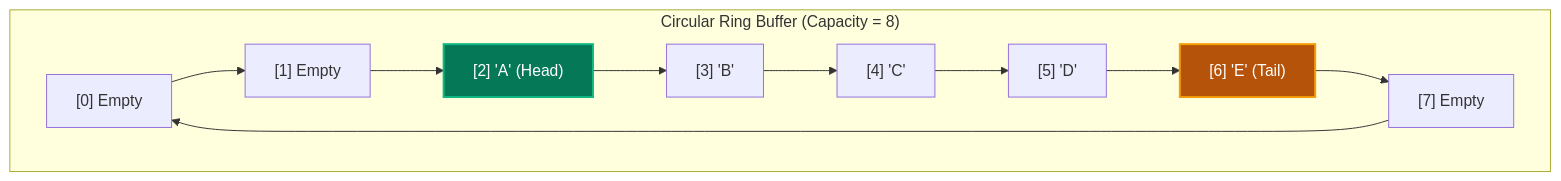
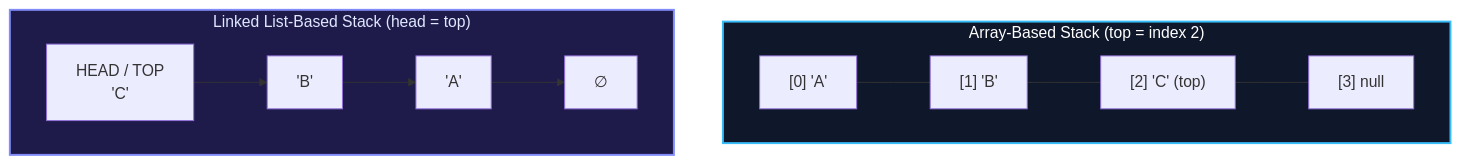
Before and after one commit to 1345AbhishekKumar/cs-cookbook: the third of 15 diagrams in content/docs/dsa/01-foundations-and-linear-structures/05-stacks-and-queues.mdx, drawn with Mermaid. The commit also changed other lines of this file and 211 other files, not shown here.

````diff
--- a/content/docs/dsa/01-foundations-and-linear-structures/05-stacks-and-queues.mdx
+++ b/content/docs/dsa/01-foundations-and-linear-structures/05-stacks-and-queues.mdx
@@ -48,18 +148,15 @@
 ```mermaid
 flowchart TD
-    subgraph RingBuffer["Circular Ring Buffer (Capacity = 8)"]
-        Slot0["[0] Empty"]
-        Slot1["[1] Empty"]
-        Slot2["[2] 'A' (Head)"]
-        Slot3["[3] 'B'"]
-        Slot4["[4] 'C'"]
-        Slot5["[5] 'D'"]
-        Slot6["[6] 'E' (Tail)"]
-        Slot7["[7] Empty"]
+    subgraph ArrayStack["Array-Based Stack (top = index 2)"]
+        direction LR
+        A0["[0] 'A'"] --- A1["[1] 'B'"] --- A2["[2] 'C' (top)"] --- A3["[3] null"]
     end
 
-    Slot0 --> Slot1 --> Slot2 --> Slot3 --> Slot4 --> Slot5 --> Slot6 --> Slot7 --> Slot0
+    subgraph ListStack["Linked List-Based Stack (head = top)"]
+        direction LR
+        LTop["HEAD / TOP<br/>'C'"] --> LMid["'B'"] --> LBot["'A'"] --> LNull["∅"]
+    end
 
-    style Slot2 fill:#047857,stroke:#10b981,stroke-width:2px,color:#fff
-    style Slot6 fill:#b45309,stroke:#f59e0b,stroke-width:2px,color:#fff
+    style ArrayStack fill:#0f172a,stroke:#38bdf8,stroke-width:2px,color:#fff
+    style ListStack fill:#1e1b4b,stroke:#818cf8,stroke-width:2px,color:#e0e7ff
 ```
````
